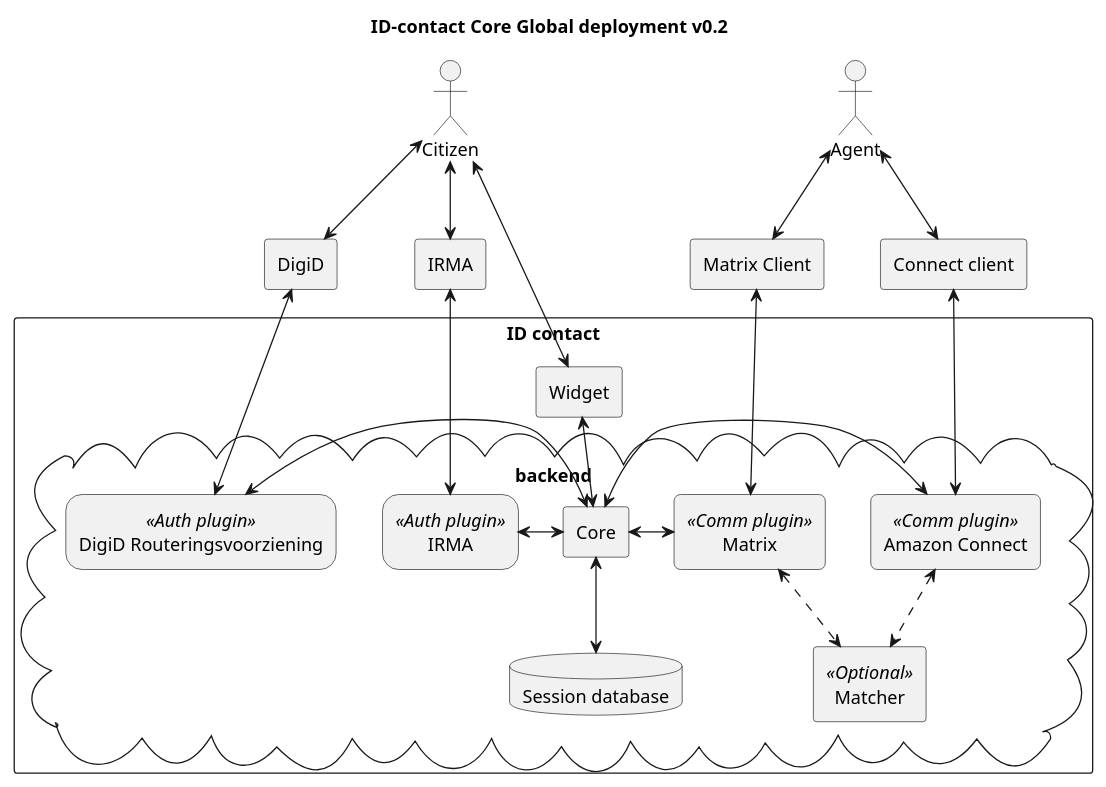
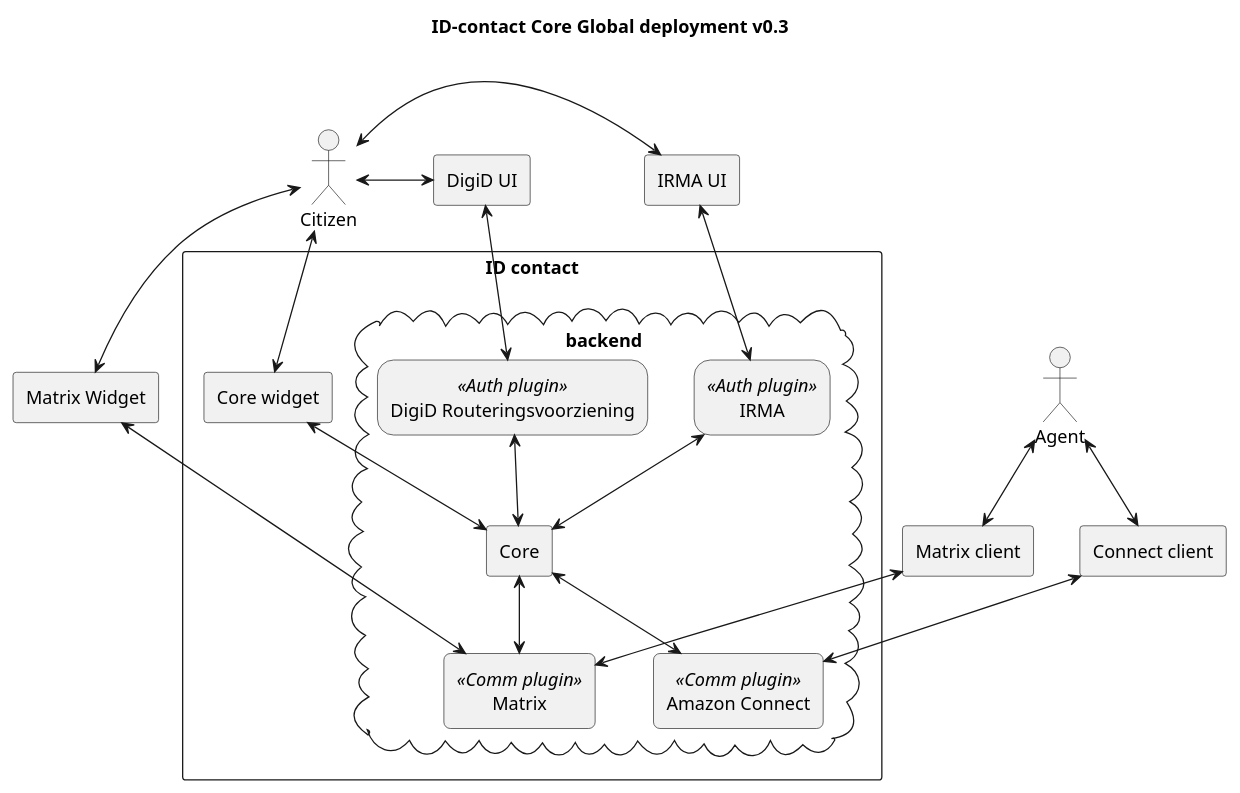
The diagram in docs/diagrams/global-deployment.puml (id-contact/docs), drawn with PlantUML before and after one commit.

Commit message:
Remove session db and matcher, introduce UI per communication plugin and authentication plugin

```diff
--- a/docs/diagrams/global-deployment.puml
+++ b/docs/diagrams/global-deployment.puml
@@ -1,60 +1,54 @@
 @startuml
-title ID-contact Core Global deployment v0.2
+title ID-contact Core Global deployment v0.3
 skinparam rectangle {
     roundCorner<<Auth plugin>> 25
 }
 
 skinparam rectangle {
     roundCorner<<Comm plugin>> 10
 }
 
 actor Citizen as citizen
 actor Agent as agent
 
 rectangle "ID contact" {
-    rectangle Widget as widget
+    rectangle "Core widget" as core_widget
     
     cloud backend {
-        rectangle Core as core
+        rectangle "Core" as core
         rectangle "IRMA" <<Auth plugin>> as auth_irma
         rectangle "DigiD Routeringsvoorziening" <<Auth plugin>> as auth_digid
 
         rectangle "Amazon Connect" <<Comm plugin>> as comm_connect
         rectangle "Matrix" <<Comm plugin>> as comm_matrix
-
-        rectangle "Matcher" <<Optional>> as matcher
-        database "Session database" as session_db
     }
 }
 
+rectangle "Matrix client" as matrix_client
+rectangle "Connect client" as connect_client
+rectangle "IRMA UI" as irma
+rectangle "DigiD UI" as digid
+rectangle "Matrix Widget" as matrix_widget
 
-rectangle "Matrix Client" as matrix_client
-rectangle "Connect client" as connect_client
-rectangle IRMA as irma
-rectangle DigiD as digid
+citizen<-->core_widget
+citizen<-r->irma
+citizen<-r->digid
+citizen<-->matrix_widget
 
-
-citizen<--->widget
-citizen<-->irma
-citizen<-->digid
 agent<-->connect_client
 agent<-->matrix_client
 
-core<-u->widget
-core<-l->auth_digid
-core<-l->auth_irma
-core<->comm_matrix
-core<->comm_connect
-
-core<-->session_db
+core_widget<-->core
+auth_digid<-->core
+auth_irma<-->core
+comm_matrix<-u->core
+comm_connect<-u->core
 
 digid<->auth_digid
 irma<->auth_irma
 
 matrix_client<-->comm_matrix
-connect_client<--->comm_connect
-
-comm_connect<..>matcher
-comm_matrix<..>matcher
+matrix_widget<--->comm_matrix
+connect_client<-->comm_connect
 
 @enduml
```
